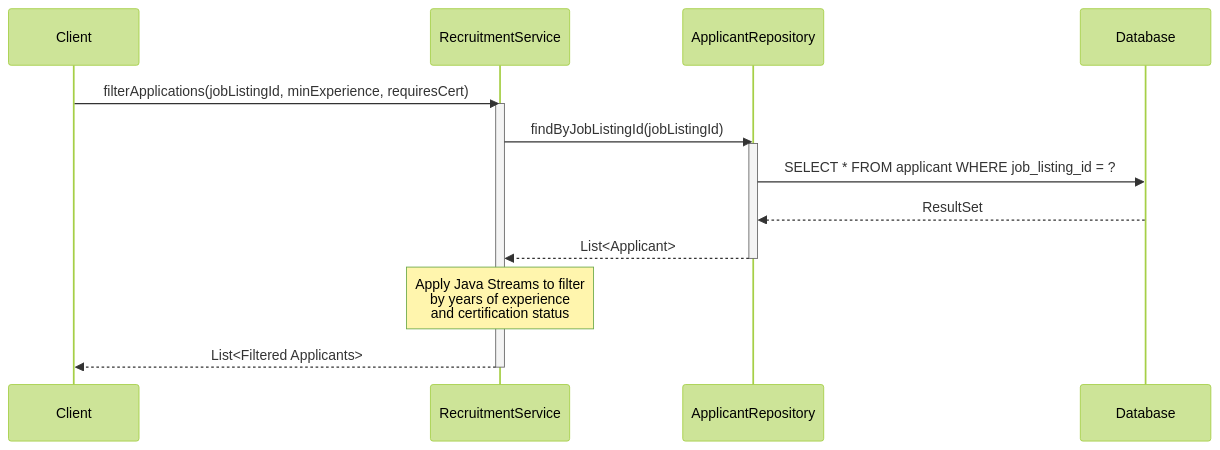
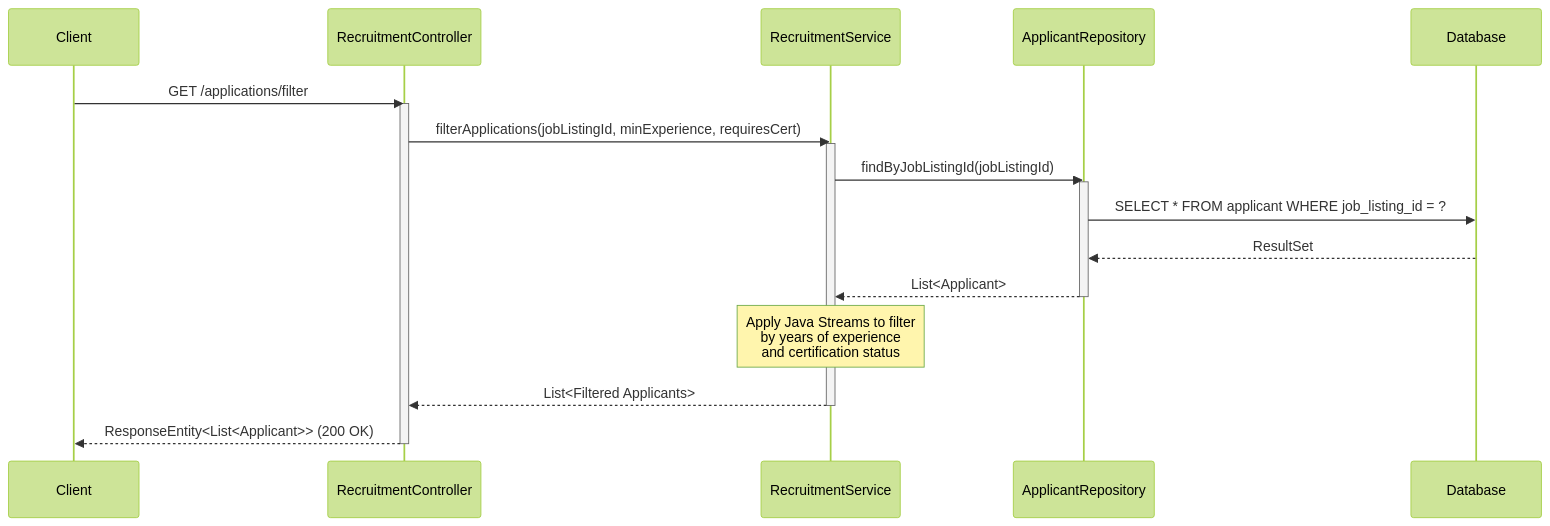
Before and after one commit to hudezz/smart-recruiting: the diagram in README.md, drawn with Mermaid (forest theme). The commit also changed other lines of this file and 4 other files, not shown here.

Commit message:
feat: implement unit test suite and fix recruitment controller endpoints

````diff
--- a/README.md
+++ b/README.md
@@ -39,19 +42,24 @@
 ```mermaid
 sequenceDiagram
     participant Client
+    participant Controller as RecruitmentController
     participant Service as RecruitmentService
     participant Repo as ApplicantRepository
     participant DB as Database
 
-    Client->>Service: filterApplications(jobListingId, minExperience, requiresCert)
+    Client->>Controller: GET /applications/filter
+    activate Controller
+    Controller->>Service: filterApplications(jobListingId, minExperience, requiresCert)
     activate Service
     Service->>Repo: findByJobListingId(jobListingId)
     activate Repo
     Repo->>DB: SELECT * FROM applicant WHERE job_listing_id = ?
     DB-->>Repo: ResultSet
     Repo-->>Service: List<Applicant>
     deactivate Repo
     Note over Service: Apply Java Streams to filter<br/>by years of experience<br/>and certification status
-    Service-->>Client: List<Filtered Applicants>
+    Service-->>Controller: List<Filtered Applicants>
     deactivate Service
+    Controller-->>Client: ResponseEntity<List<Applicant>> (200 OK)
+    deactivate Controller
 ```
````
